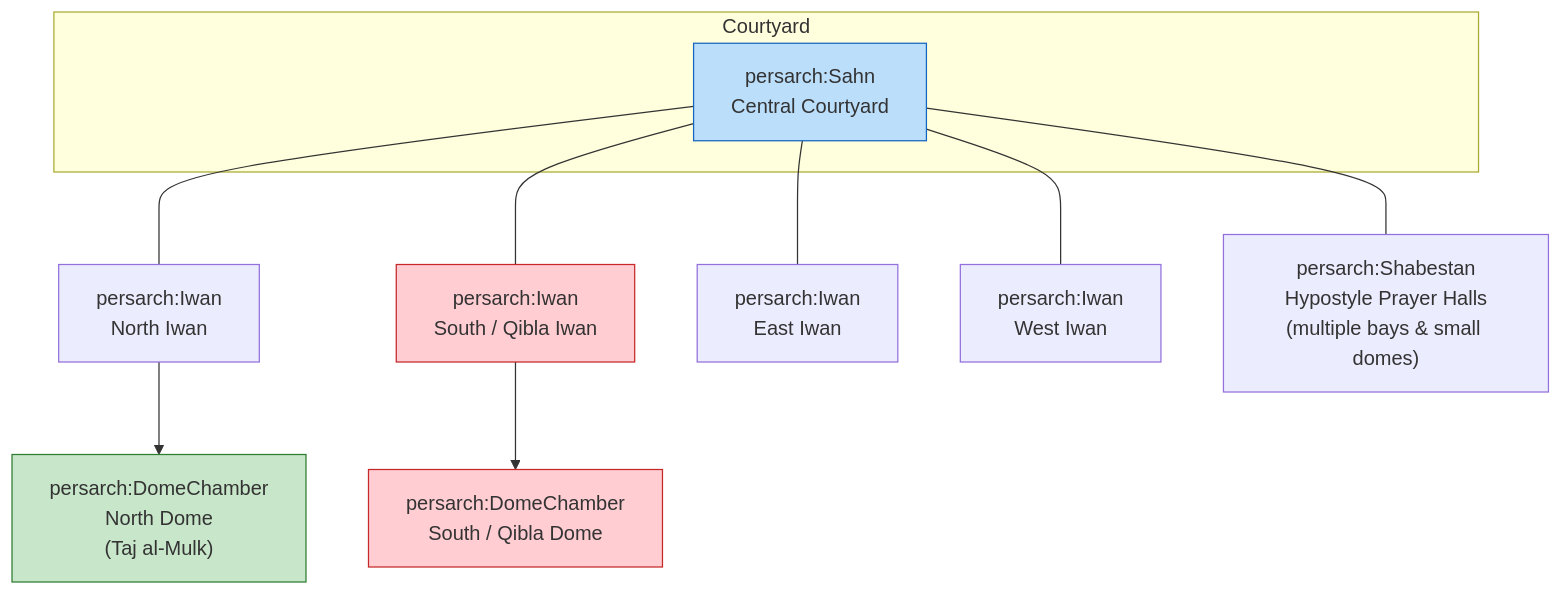
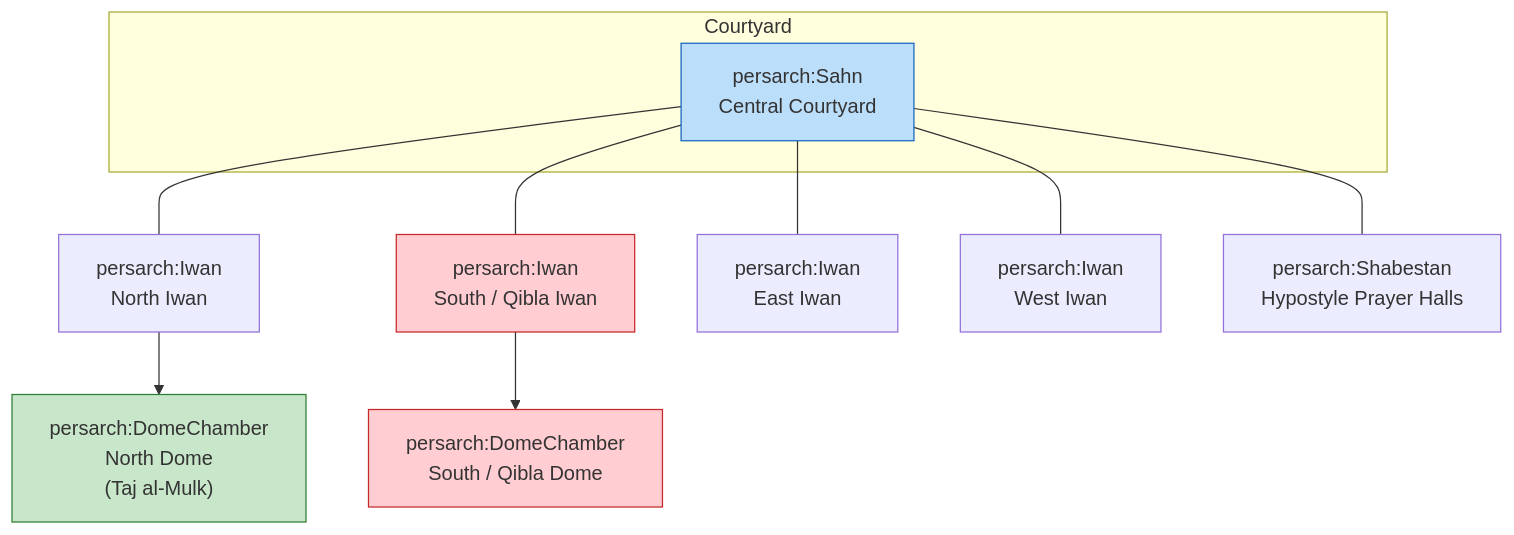
Before and after one commit to MehranDHN/persarch: the third of 4 diagrams in README.md, drawn with Mermaid. The commit also changed other lines of this file, not shown here.

````diff
--- a/README.md
+++ b/README.md
@@ -210,21 +246,21 @@
 ```mermaid
 graph TB
     subgraph Courtyard
         Sahn["persarch:Sahn<br/>Central Courtyard"]
     end
 
     Sahn --- N["persarch:Iwan<br/>North Iwan"]
     Sahn --- S["persarch:Iwan<br/>South / Qibla Iwan"]
     Sahn --- E["persarch:Iwan<br/>East Iwan"]
     Sahn --- W["persarch:Iwan<br/>West Iwan"]
 
     S --> DomeS["persarch:DomeChamber<br/>South / Qibla Dome"]
     N --> DomeN["persarch:DomeChamber<br/>North Dome<br/>(Taj al-Mulk)"]
 
-    Sahn --- Hypostyle["persarch:Shabestan<br/>Hypostyle Prayer Halls<br/>(multiple bays & small domes)"]
+    Sahn --- Hypostyle["persarch:Shabestan<br/>Hypostyle Prayer Halls"]
 
     style Sahn fill:#bbdefb,stroke:#1565c0
     style S fill:#ffcdd2,stroke:#c62828
     style DomeS fill:#ffcdd2,stroke:#c62828
     style DomeN fill:#c8e6c9,stroke:#2e7d32
 ```
````
